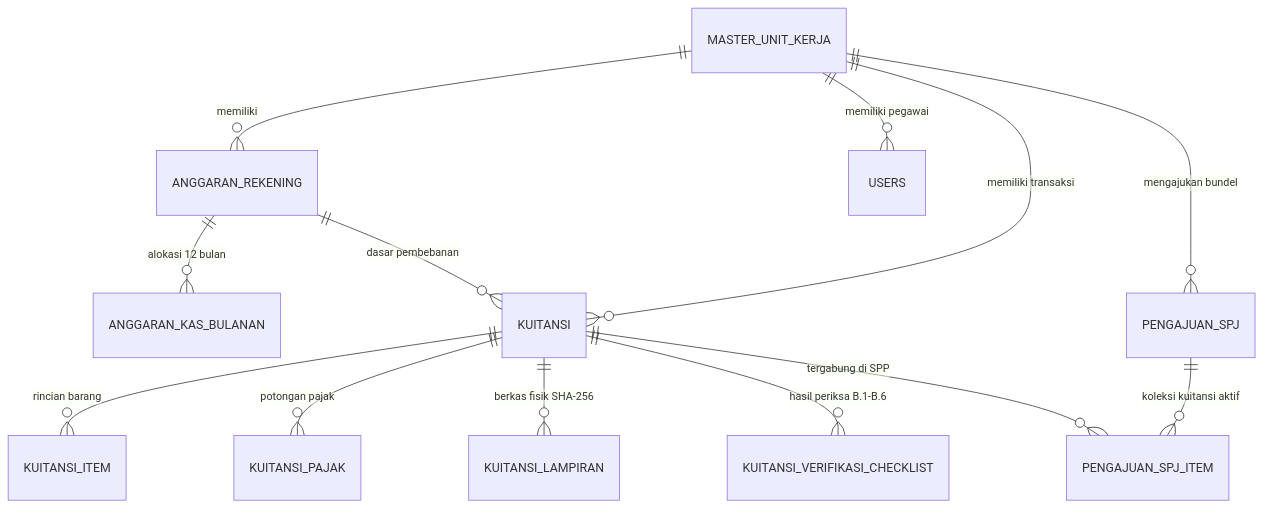
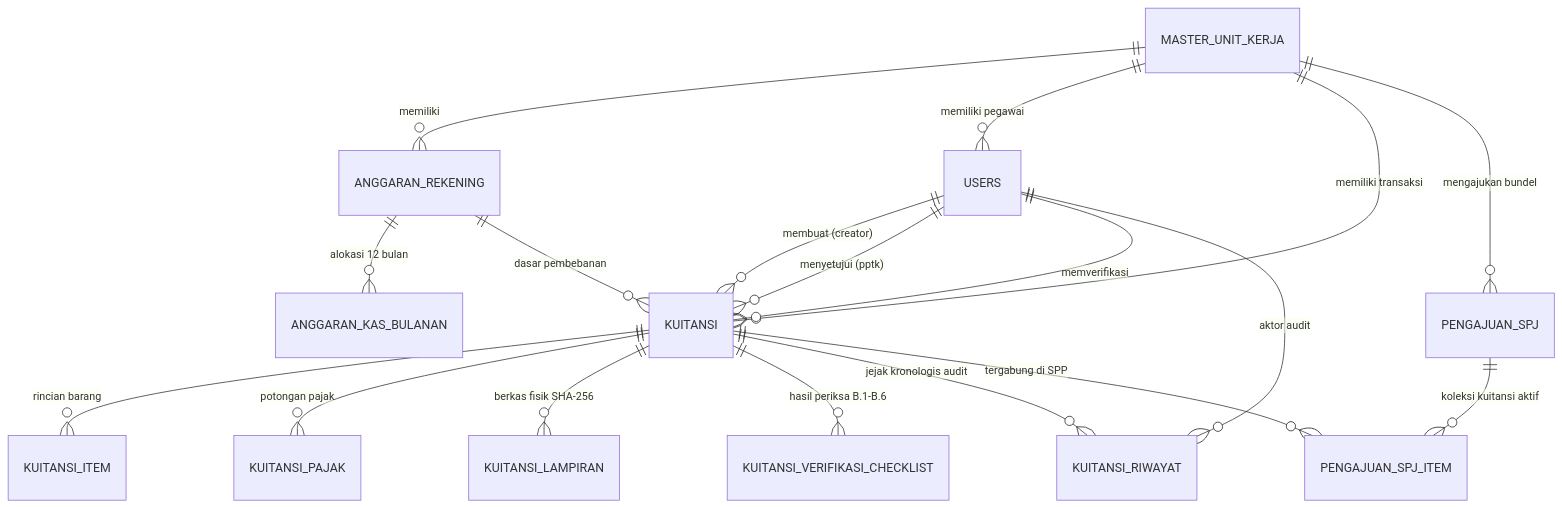
The diagram in sitaliti-app/docs/PROJECT_PROGRESS_REPORT.md (abyankamal/sitaliti), drawn with Mermaid before and after one commit. The commit also changed other lines of this file and 4 other files, not shown here.

Commit message:
docs: update frontend integration guide and add architecture decision records

````diff
--- a/sitaliti-app/docs/PROJECT_PROGRESS_REPORT.md
+++ b/sitaliti-app/docs/PROJECT_PROGRESS_REPORT.md
@@ -92,18 +115,24 @@
 ```mermaid
 erDiagram
     MASTER_UNIT_KERJA ||--o{ ANGGARAN_REKENING : "memiliki"
     MASTER_UNIT_KERJA ||--o{ USERS : "memiliki pegawai"
     MASTER_UNIT_KERJA ||--o{ KUITANSI : "memiliki transaksi"
     MASTER_UNIT_KERJA ||--o{ PENGAJUAN_SPJ : "mengajukan bundel"
+    
+    USERS ||--o{ KUITANSI : "membuat (creator)"
+    USERS ||--o{ KUITANSI : "menyetujui (pptk)"
+    USERS ||--o{ KUITANSI : "memverifikasi"
+    USERS ||--o{ KUITANSI_RIWAYAT : "aktor audit"
     
     ANGGARAN_REKENING ||--o{ ANGGARAN_KAS_BULANAN : "alokasi 12 bulan"
     ANGGARAN_REKENING ||--o{ KUITANSI : "dasar pembebanan"
     
     KUITANSI ||--o{ KUITANSI_ITEM : "rincian barang"
     KUITANSI ||--o{ KUITANSI_PAJAK : "potongan pajak"
     KUITANSI ||--o{ KUITANSI_LAMPIRAN : "berkas fisik SHA-256"
     KUITANSI ||--o{ KUITANSI_VERIFIKASI_CHECKLIST : "hasil periksa B.1-B.6"
+    KUITANSI ||--o{ KUITANSI_RIWAYAT : "jejak kronologis audit"
     KUITANSI ||--o{ PENGAJUAN_SPJ_ITEM : "tergabung di SPP"
     
     PENGAJUAN_SPJ ||--o{ PENGAJUAN_SPJ_ITEM : "koleksi kuitansi aktif"
 ```
````
